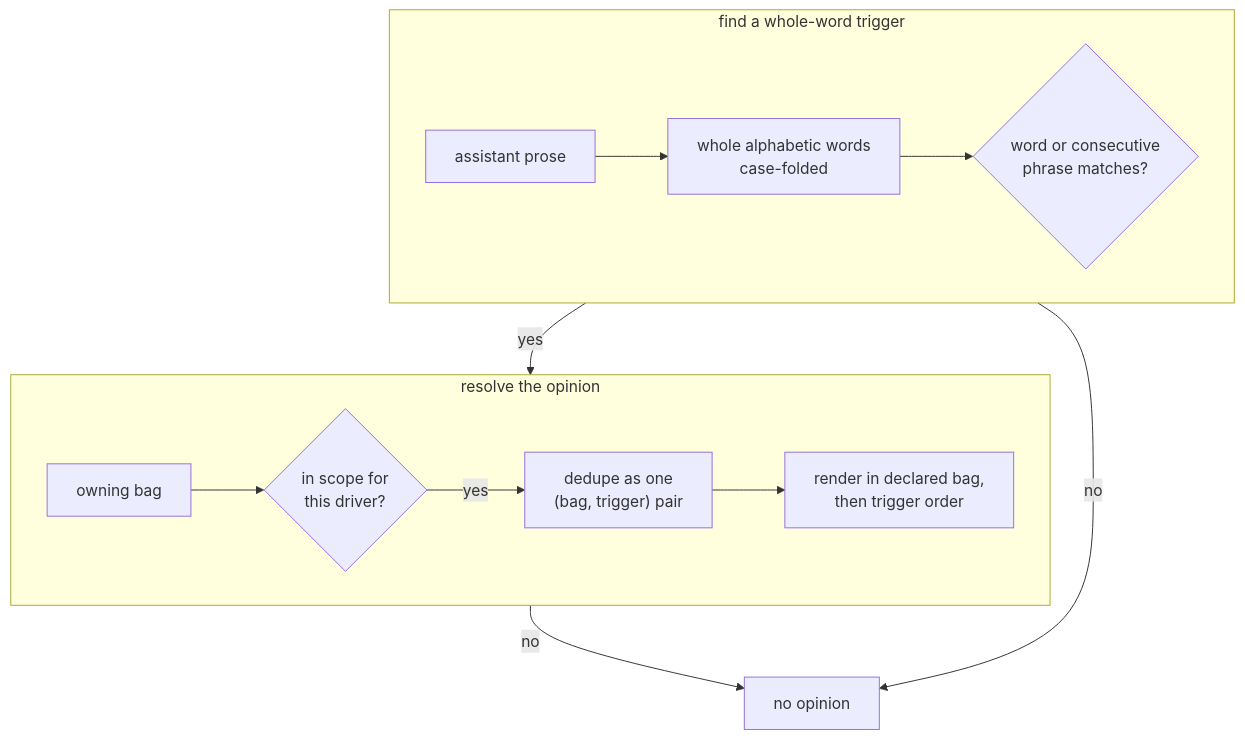
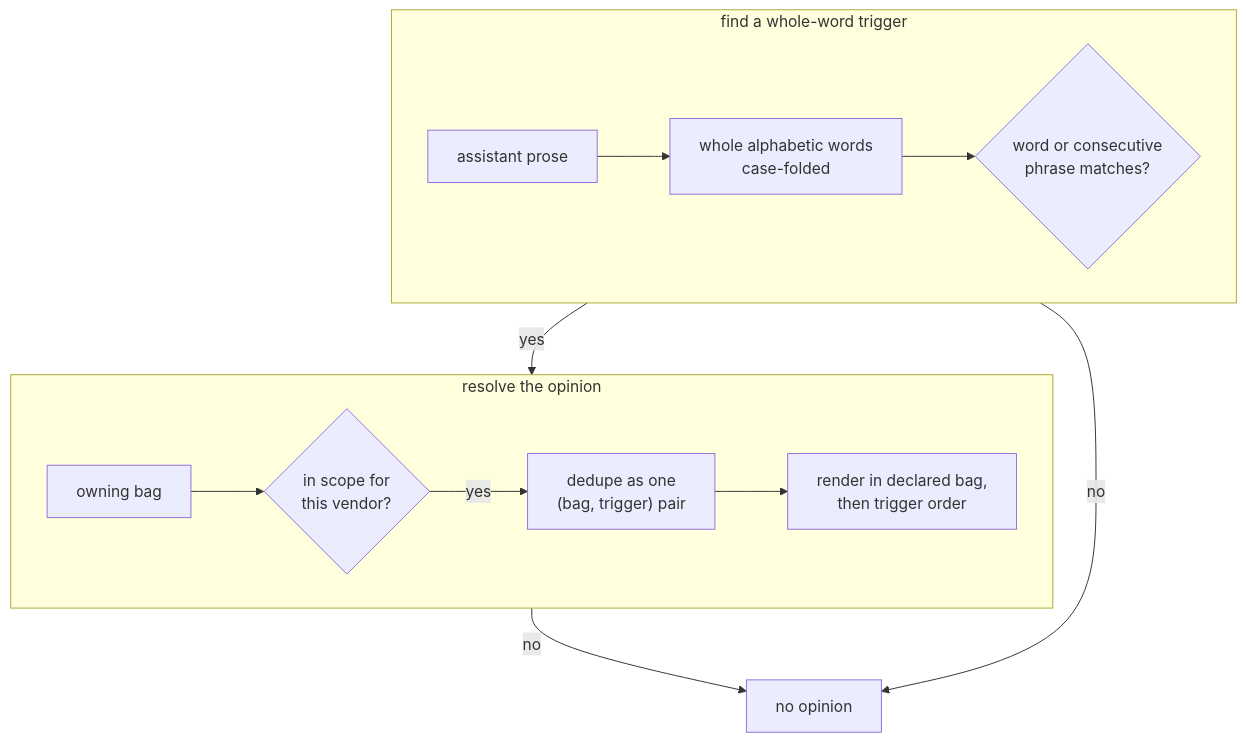
One commit to infimalabs/spice-rust changed diagram 18 of 19 in docs/product/model/states.md. Above: the diagram before and after it, drawn with Mermaid. The commit also changed other lines of this file and 71 other files, not shown here.

````diff
--- a/docs/product/model/states.md
+++ b/docs/product/model/states.md
@@ -288,17 +426,17 @@
 ```mermaid
 flowchart TD
   subgraph MATCH["find a whole-word trigger"]
     direction LR
     P["assistant prose"] --> W["whole alphabetic words<br/>case-folded"]
     W --> M{"word or consecutive<br/>phrase matches?"}
   end
   subgraph RESOLVE["resolve the opinion"]
     direction LR
-    B["owning bag"] --> S{"in scope for<br/>this driver?"}
+    B["owning bag"] --> S{"in scope for<br/>this vendor?"}
     S -- yes --> D["dedupe as one<br/>(bag, trigger) pair"]
     D --> O["render in declared bag,<br/>then trigger order"]
   end
   M -- yes --> B
   M -- no --> N["no opinion"]
   S -- no --> N
 ```
````
